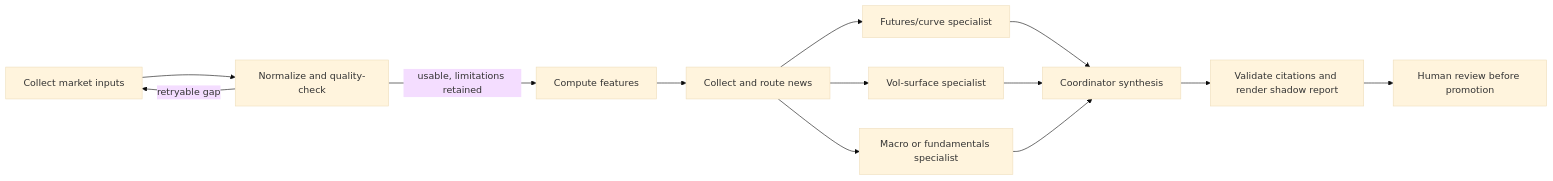
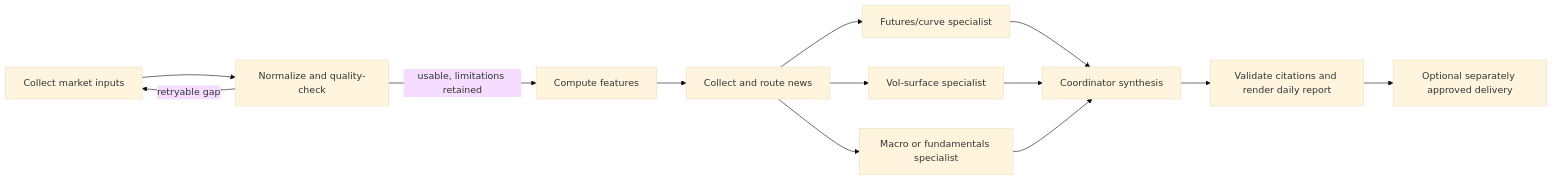
One commit to fangxuyi/curvelens-core changed the diagram in docs/ANALYSIS_WORKFLOW.md. Above: the diagram before and after it, drawn with Mermaid (base theme). The commit also changed other lines of this file and 19 other files, not shown here.

````diff
--- a/docs/ANALYSIS_WORKFLOW.md
+++ b/docs/ANALYSIS_WORKFLOW.md
@@ -12,15 +12,15 @@
 ```mermaid
 flowchart LR
   A[Collect market inputs] --> B[Normalize and quality-check]
   B -->|retryable gap| A
   B -->|usable, limitations retained| C[Compute features]
   C --> D[Collect and route news]
   D --> E1[Futures/curve specialist]
   D --> E2[Vol-surface specialist]
   D --> E3[Macro or fundamentals specialist]
   E1 --> F[Coordinator synthesis]
   E2 --> F
   E3 --> F
-  F --> G[Validate citations and render shadow report]
-  G --> H[Human review before promotion]
+  F --> G[Validate citations and render daily report]
+  G --> H[Optional separately approved delivery]
 ```
````
